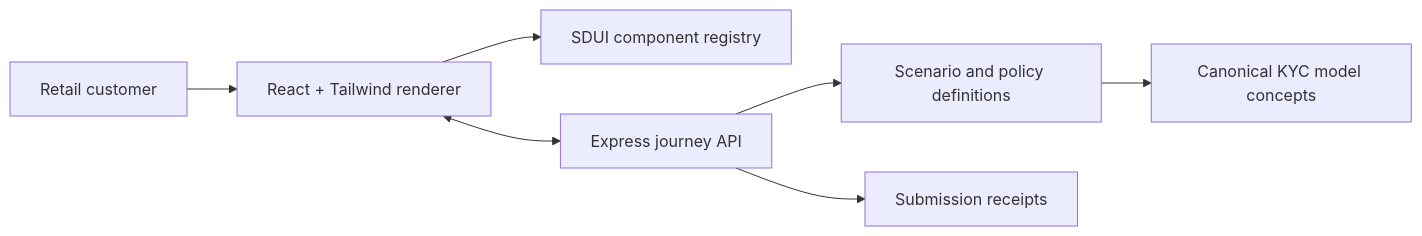
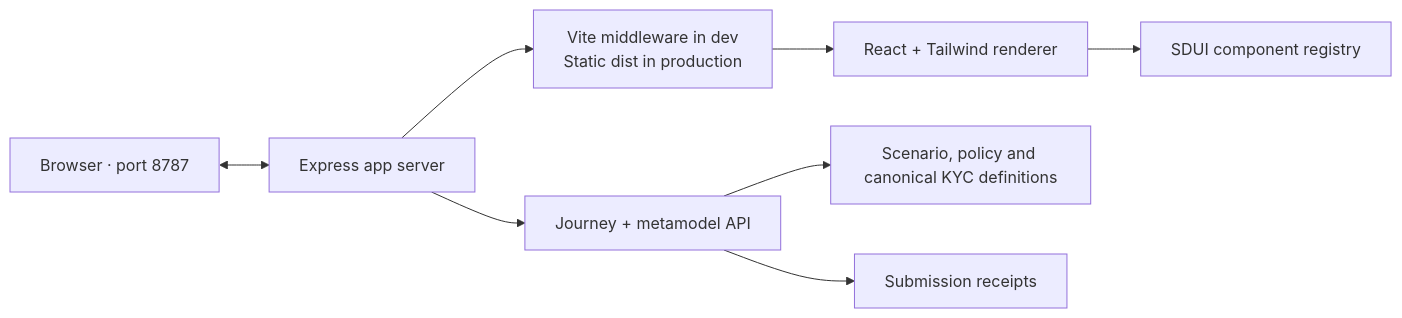
The diagram in README.md (joe255/retail-kyc-sdui-demo), drawn with Mermaid before and after one commit. The commit also changed other lines of this file and 14 other files, not shown here.

Commit message:
Serve unified app and add metamodel view

````diff
--- a/README.md
+++ b/README.md
@@ -50,9 +46,10 @@
 ```mermaid
 flowchart LR
-    A["Retail customer"] --> B["React + Tailwind renderer"]
-    B --> C["SDUI component registry"]
-    B <--> D["Express journey API"]
-    D --> E["Scenario and policy definitions"]
-    D --> F["Submission receipts"]
-    E --> G["Canonical KYC model concepts"]
+    A["Browser · port 8787"] <--> B["Express app server"]
+    B --> C["Vite middleware in dev\nStatic dist in production"]
+    C --> D["React + Tailwind renderer"]
+    D --> E["SDUI component registry"]
+    B --> F["Journey + metamodel API"]
+    F --> G["Scenario, policy and canonical KYC definitions"]
+    F --> H["Submission receipts"]
 ```
````
